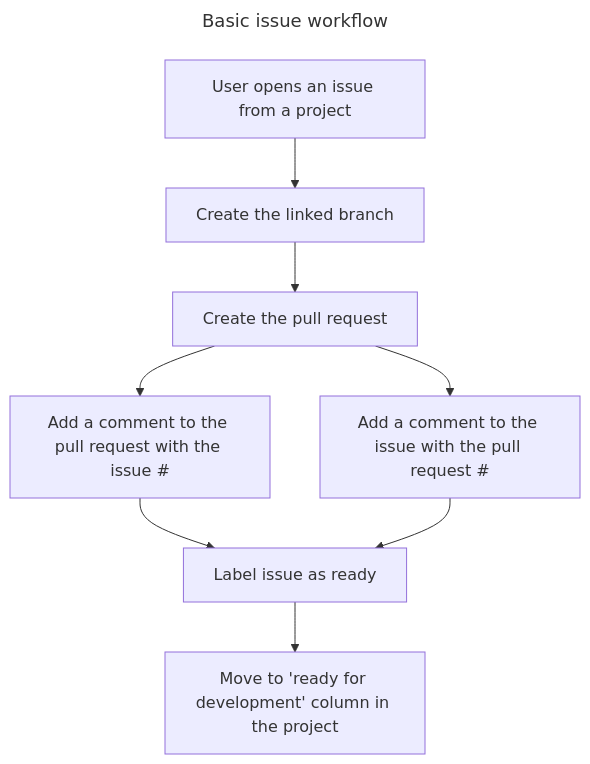
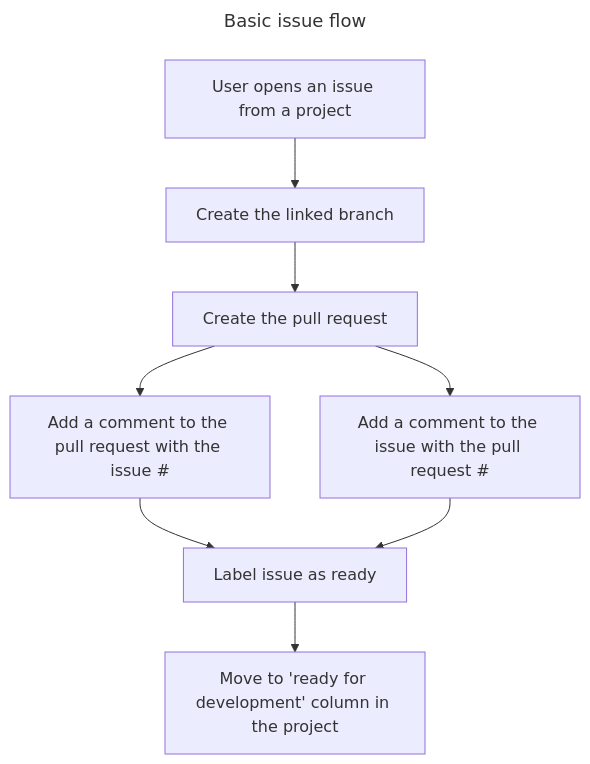
The first of 2 diagrams in README.md (JonahJackson1/testing-project-automation), drawn with Mermaid before and after one commit. The commit also changed other lines of this file and 2 other files, not shown here.

````diff
--- a/README.md
+++ b/README.md
@@ -1,21 +1,21 @@
 ```mermaid
 ---
-title: Basic issue workflow
+title: Basic issue flow
 ---
 flowchart TD
   A[User opens an issue from a project]
   B[Create the linked branch]
   C[Create the pull request]
   D1[Add a comment to the pull request with the issue #]
   D2[Add a comment to the issue with the pull request #]
   E[Label issue as ready]
   F[Move to 'ready for development' column in the project]
 
   A --> B
   B --> C
   C --> D1
   C --> D2
   D1 --> E
   D2 --> E
   E --> F
 ```
````
